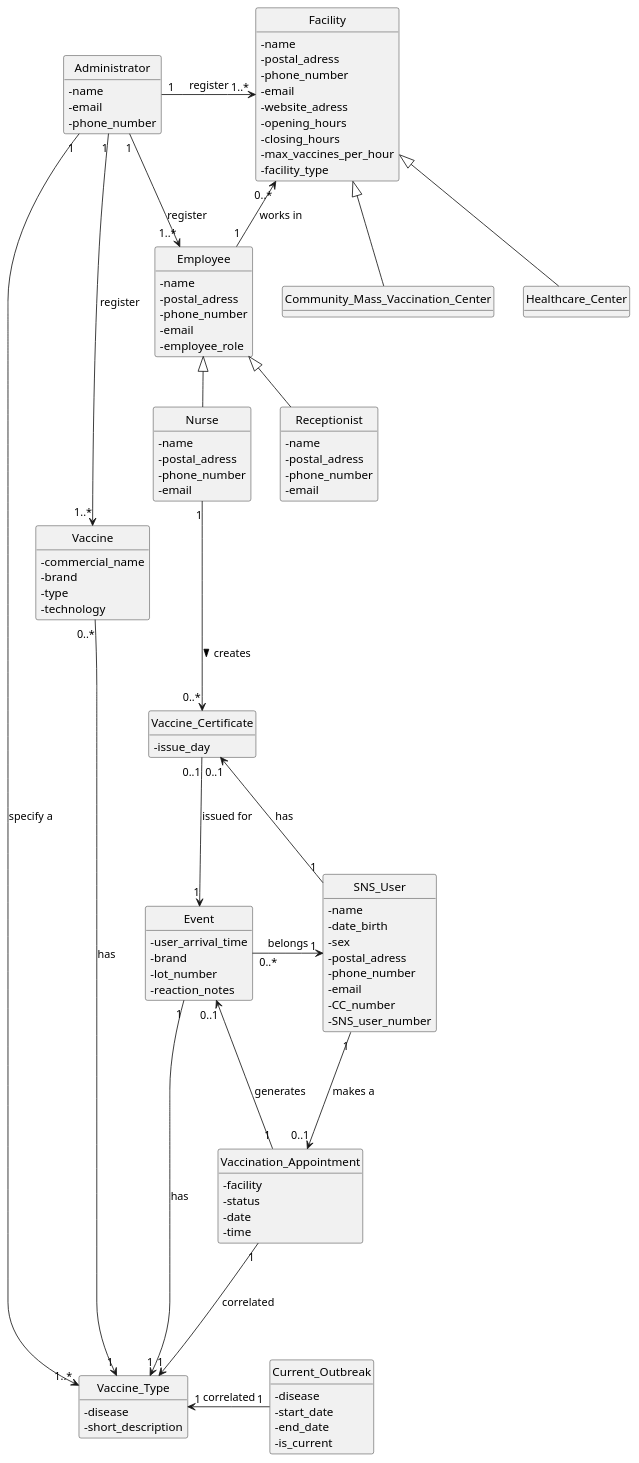
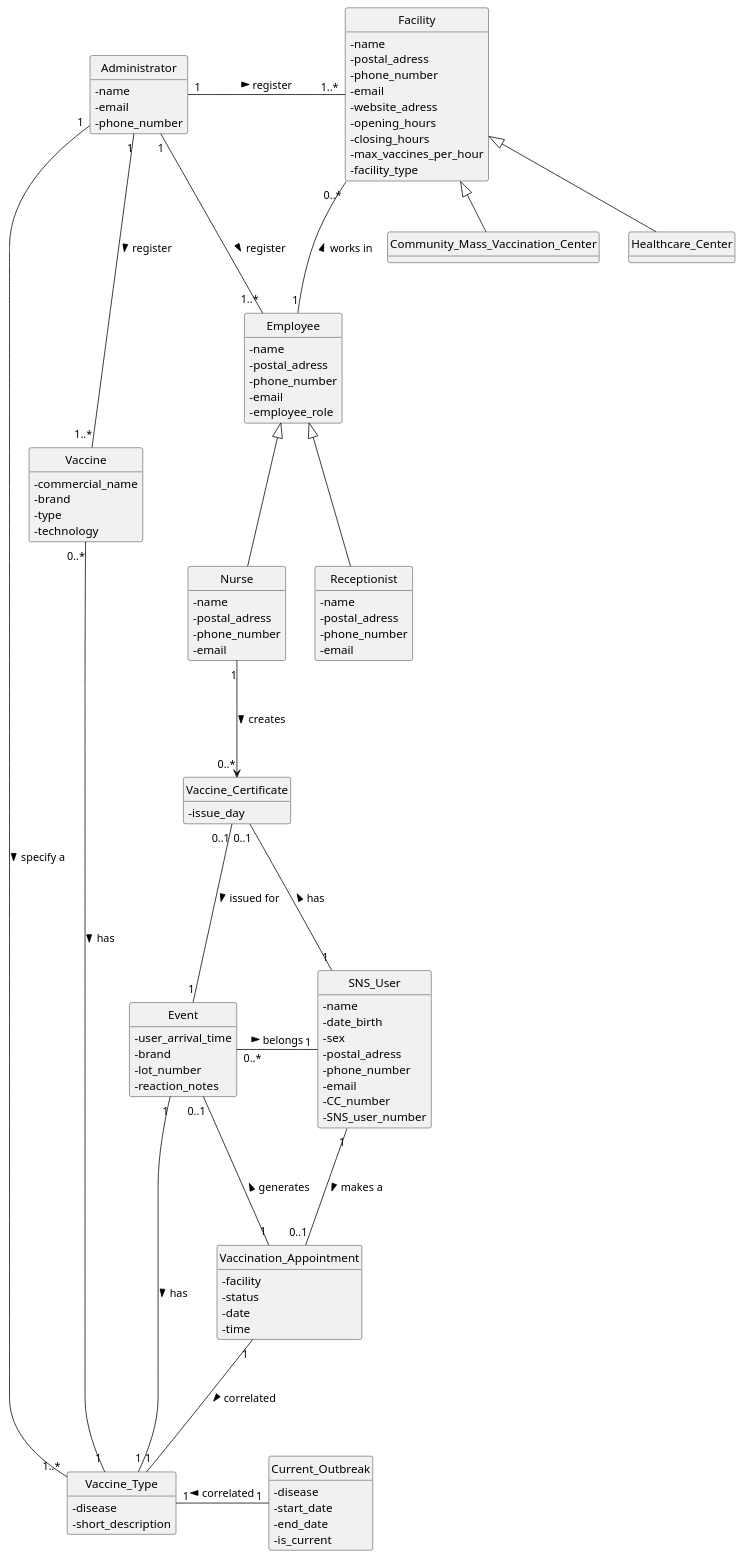
One commit to Parafita123/leti-esoft-25-26-B1 changed the diagram in docs/Sprint2/system-documentation/global-artifacts/puml/DM.puml. Above: the diagram before and after it, drawn with PlantUML. The commit also changed 1 other file, not shown here.

```diff
--- a/docs/Sprint2/system-documentation/global-artifacts/puml/DM.puml
+++ b/docs/Sprint2/system-documentation/global-artifacts/puml/DM.puml
@@ -1,147 +1,147 @@
 @startuml
 'https://plantuml.com/class-diagram
 skinparam classAttributeIconSize 0
 hide circle
 hide methods
 
 
 
 class Vaccine {
     - commercial_name
     - brand
     - type
     - technology
 }
 
 class Vaccine_Type {
     - disease
     - short_description
 }
 
 class Facility {
     - name
     - postal_adress
     - phone_number
     - email
     - website_adress
     - opening_hours
     - closing_hours
     - max_vaccines_per_hour
     - facility_type
 }
 
 class Employee {
     - name
     - postal_adress
     - phone_number
     - email
     - employee_role
 }
 
 
 class SNS_User {
     - name
     - date_birth
     - sex
     - postal_adress
     - phone_number
     - email
     - CC_number
     - SNS_user_number
 }
 
 
 
 class Vaccination_Appointment {
     - facility
     - status
     - date
     - time
 }
 
 class Current_Outbreak {
     - disease
     - start_date
     - end_date
     - is_current
 }
 
 class Community_Mass_Vaccination_Center {
 }
 
 class Healthcare_Center {
 }
 
 class Nurse {
     - name
     - postal_adress
     - phone_number
     - email
 }
 
 class Receptionist {
     - name
     - postal_adress
     - phone_number
     - email
 }
 
 class Event {
     - user_arrival_time
     - brand
     - lot_number
     - reaction_notes
 }
 
 class Administrator {
     - name
     - email
     - phone_number
 }
 
 class Vaccine_Certificate {
     - issue_day
 }
 
 Employee <|-- Nurse
 Employee <|-- Receptionist
 
 Facility <|-- Community_Mass_Vaccination_Center
 Facility <|-- Healthcare_Center
 
-Employee "1" -up-> "0..*" Facility : works in
+Employee "1" -up-- "0..*" Facility : works in >
 
-Administrator "1" -right--> "1..*" Employee: register
+Administrator "1" -right-- "1..*" Employee: register >
 
-Administrator "1" -down--> "1..*" Vaccine: register
+Administrator "1" -down-- "1..*" Vaccine: register >
 
-Administrator "1" -right--> "1..*" Facility: register
+Administrator "1" -right-- "1..*" Facility: register >
 
-Administrator "1" -down--> "1..*" Vaccine_Type: specify a
+Administrator "1" -down-- "1..*" Vaccine_Type: specify a >
 
-SNS_User "1" -down--> "0..1" Vaccination_Appointment: makes a
+SNS_User "1" -down-- "0..1" Vaccination_Appointment: makes a >
 
 
 
-Current_Outbreak "1" -left--> "1" Vaccine_Type: correlated
+Current_Outbreak "1" -left-- "1" Vaccine_Type: correlated >
 
-Vaccine "0..*" -right--> "1" Vaccine_Type: has
+Vaccine "0..*" -right-- "1" Vaccine_Type: has >
 
 Nurse "1" -down--> "0..*" Vaccine_Certificate: creates >
 
-Vaccine_Certificate "0..1" -down--> "1" Event: issued for
+Vaccine_Certificate "0..1" -down-- "1" Event: issued for >
 
-Vaccination_Appointment "1" -down--> "1" Vaccine_Type: correlated
+Vaccination_Appointment "1" -down-- "1" Vaccine_Type: correlated >
 
-Vaccination_Appointment "1" -up--> "0..1" Event: generates
+Vaccination_Appointment "1" -up-- "0..1" Event: generates >
 
-Event "0..*" -right--> "1" SNS_User: belongs
+Event "0..*" -right-- "1" SNS_User: belongs >
 
-Event "1" -down--> "1" Vaccine_Type:has
+Event "1" -down-- "1" Vaccine_Type:has >
 
-SNS_User "1"  -left--> "0..1" Vaccine_Certificate: has
+SNS_User "1"  -left-- "0..1" Vaccine_Certificate: has >
 
 
 
 
 @enduml
```
